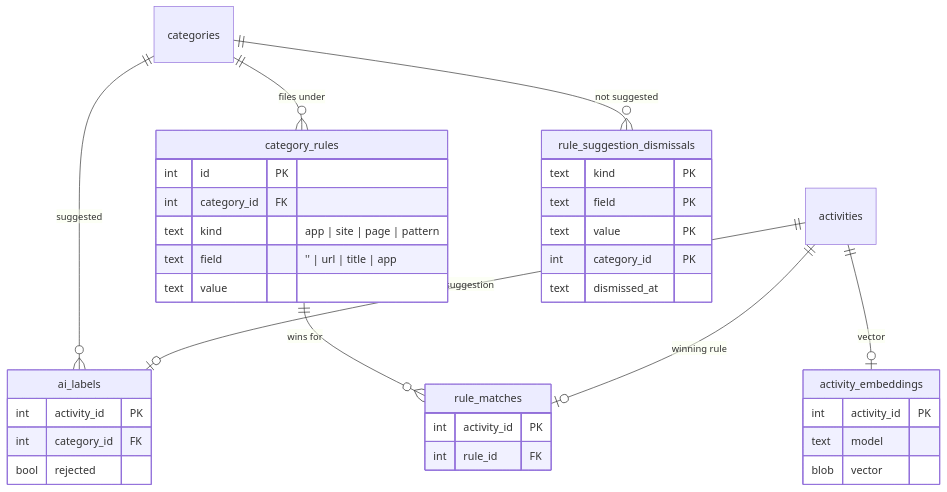
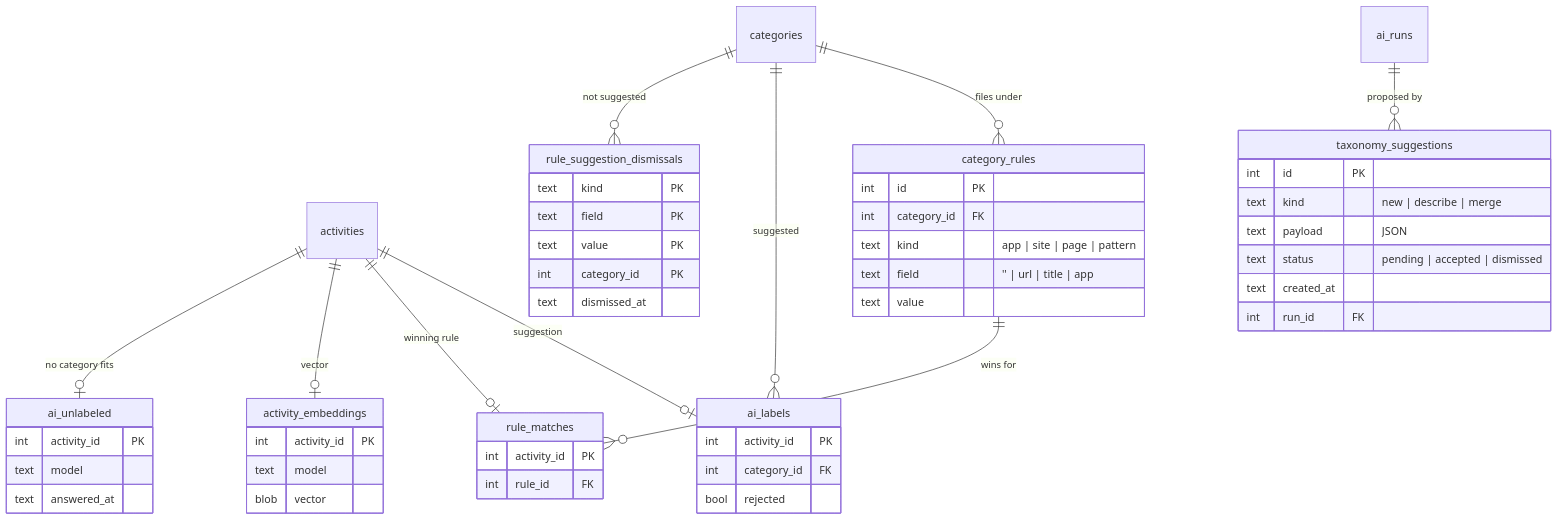
Before and after one commit to phucvinh57/makora: the second of 3 diagrams in docs/architecture/persistence.md, drawn with Mermaid. The commit also changed other lines of this file and 37 other files, not shown here.

First line of the commit message:
Propose new categories for groups of activities the model could not file

````diff
--- a/docs/architecture/persistence.md
+++ b/docs/architecture/persistence.md
@@ -50,38 +52,53 @@
 ```mermaid
 erDiagram
     activities ||--o| ai_labels : "suggestion"
     activities ||--o| rule_matches : "winning rule"
     activities ||--o| activity_embeddings : "vector"
     category_rules ||--o{ rule_matches : "wins for"
     categories ||--o{ category_rules : "files under"
     categories ||--o{ ai_labels : "suggested"
     categories ||--o{ rule_suggestion_dismissals : "not suggested"
+    activities ||--o| ai_unlabeled : "no category fits"
+    ai_runs ||--o{ taxonomy_suggestions : "proposed by"
     ai_labels {
         int activity_id PK
         int category_id FK
         bool rejected
     }
     rule_matches {
         int activity_id PK
         int rule_id FK
     }
     category_rules {
         int id PK
         int category_id FK
         text kind "app | site | page | pattern"
         text field "'' | url | title | app"
         text value
     }
     rule_suggestion_dismissals {
         text kind PK
         text field PK
         text value PK
         int category_id PK
         text dismissed_at
     }
     activity_embeddings {
         int activity_id PK
         text model
         blob vector
     }
+    ai_unlabeled {
+        int activity_id PK
+        text model
+        text answered_at
+    }
+    taxonomy_suggestions {
+        int id PK
+        text kind "new | describe | merge"
+        text payload "JSON"
+        text status "pending | accepted | dismissed"
+        text created_at
+        int run_id FK
+    }
 ```
````
